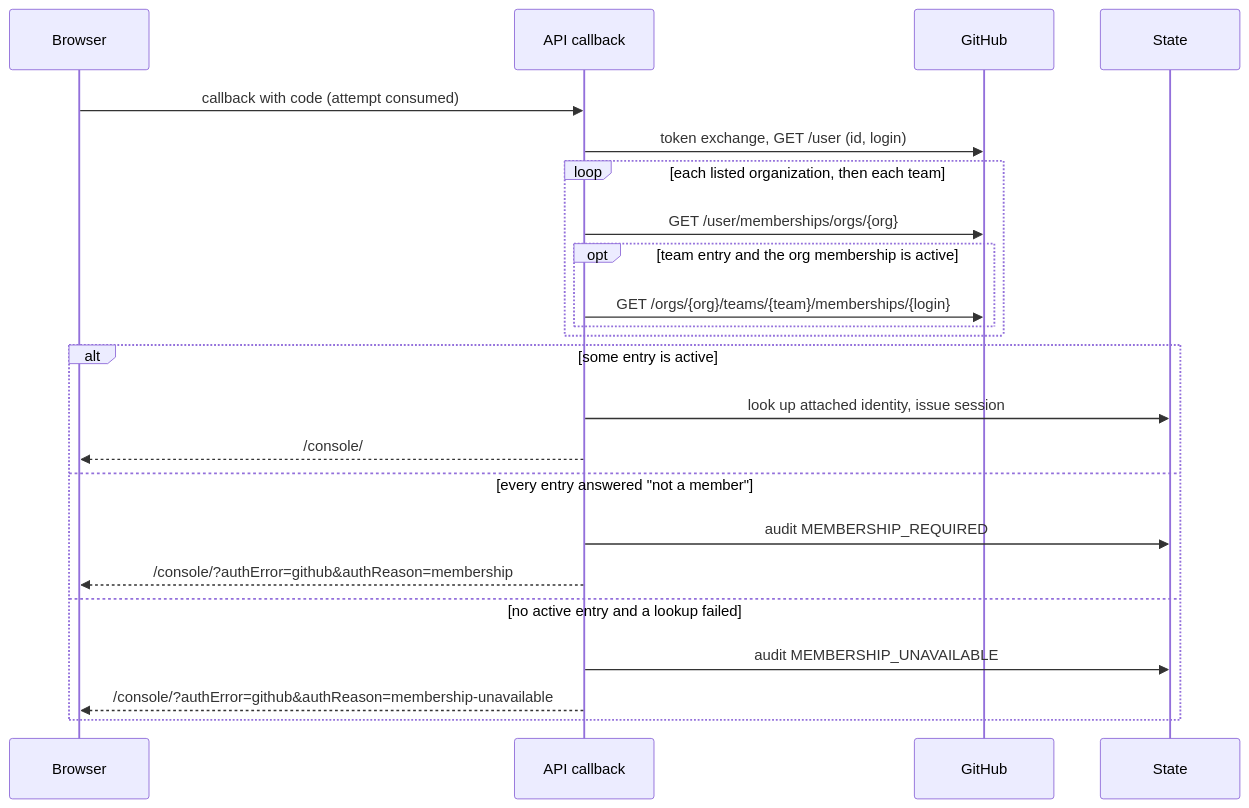
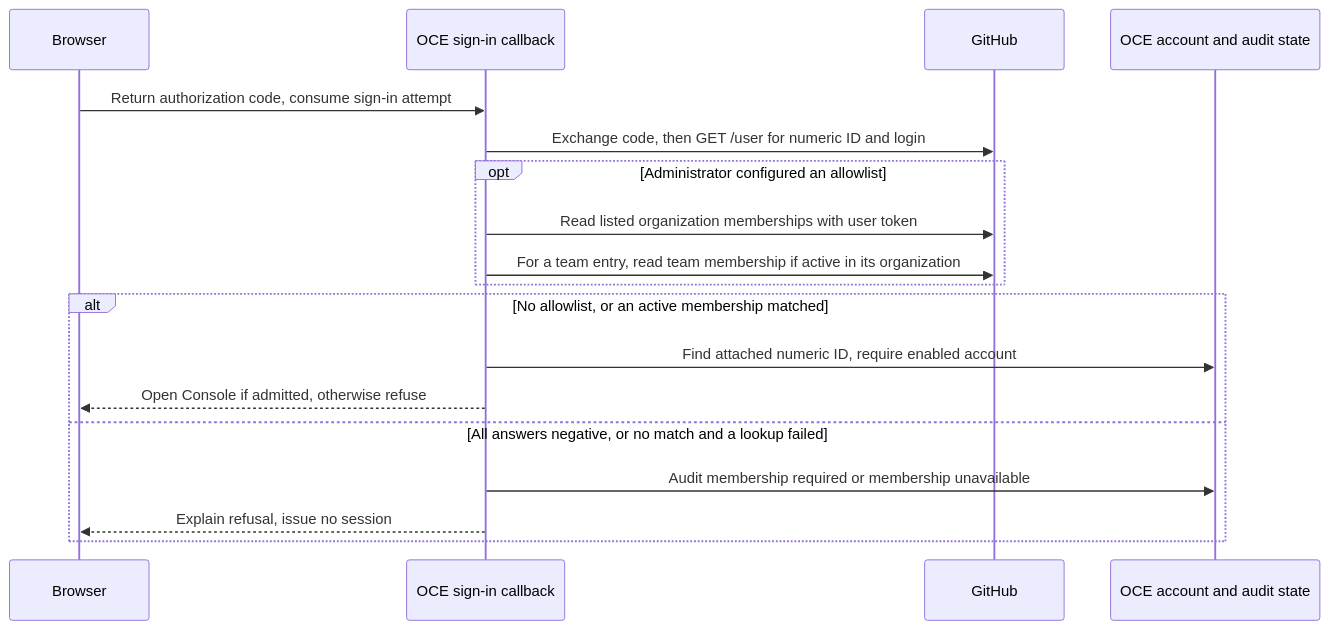
One commit to anmol0b/openclaw-enterprise changed the diagram in specs/rfcs/0019-github-org-allowlist.md. Above: the diagram before and after it, drawn with Mermaid. The commit also changed other lines of this file, not shown here.

First line of the commit message:
docs(specs): state membership ordering and failure precedence in the org allowlist record

````diff
--- a/specs/rfcs/0019-github-org-allowlist.md
+++ b/specs/rfcs/0019-github-org-allowlist.md
@@ -136,25 +64,20 @@
 ```mermaid
 sequenceDiagram
   participant Browser
-  participant API as API callback
+  participant API as OCE sign-in callback
   participant GitHub
-  participant State
-  Browser->>API: callback with code (attempt consumed)
-  API->>GitHub: token exchange, GET /user (id, login)
-  loop each listed organization, then each team
-    API->>GitHub: GET /user/memberships/orgs/{org}
-    opt team entry and the org membership is active
-      API->>GitHub: GET /orgs/{org}/teams/{team}/memberships/{login}
-    end
+  participant State as OCE account and audit state
+  Browser->>API: Return authorization code, consume sign-in attempt
+  API->>GitHub: Exchange code, then GET /user for numeric ID and login
+  opt Administrator configured an allowlist
+    API->>GitHub: Read listed organization memberships with user token
+    API->>GitHub: For a team entry, read team membership if active in its organization
   end
-  alt some entry is active
-    API->>State: look up attached identity, issue session
-    API-->>Browser: /console/
-  else every entry answered "not a member"
-    API->>State: audit MEMBERSHIP_REQUIRED
-    API-->>Browser: /console/?authError=github&authReason=membership
-  else no active entry and a lookup failed
-    API->>State: audit MEMBERSHIP_UNAVAILABLE
-    API-->>Browser: /console/?authError=github&authReason=membership-unavailable
+  alt No allowlist, or an active membership matched
+    API->>State: Find attached numeric ID, require enabled account
+    API-->>Browser: Open Console if admitted, otherwise refuse
+  else All answers negative, or no match and a lookup failed
+    API->>State: Audit membership required or membership unavailable
+    API-->>Browser: Explain refusal, issue no session
   end
 ```
````
